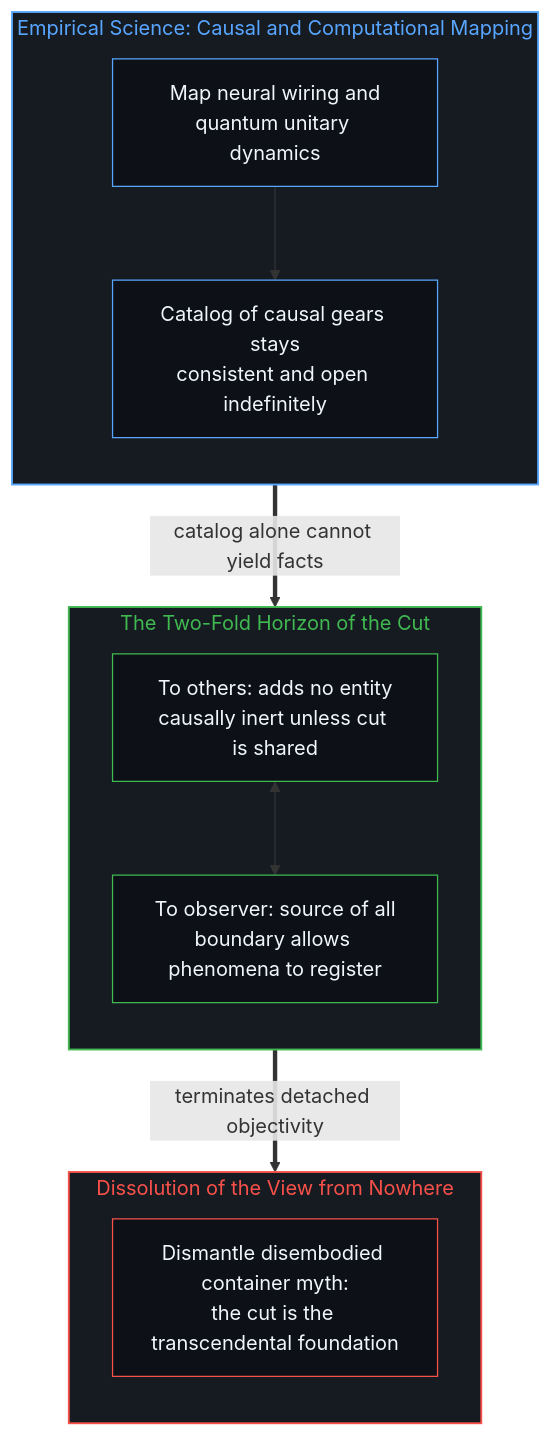
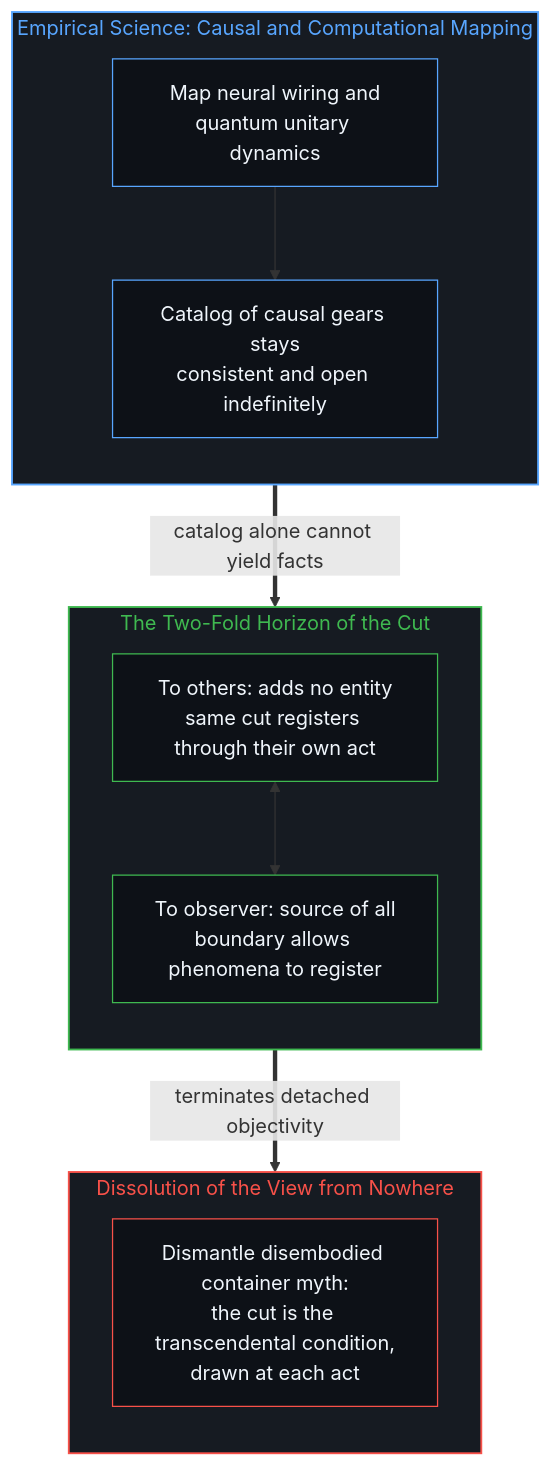
One commit to powerpig99/not-a-toe changed the eighth of 8 diagrams in content/posts/consciousness-ascription-and-the-quantum-cut.md. Above: the diagram before and after it, drawn with Mermaid. The commit also changed other lines of this file and 1 other file, not shown here.

First line of the commit message:
Wave 2 refinement: 意识归属与量子割点 / Consciousness Ascription and the Quantum Cut

````diff
--- a/content/posts/consciousness-ascription-and-the-quantum-cut.md
+++ b/content/posts/consciousness-ascription-and-the-quantum-cut.md
@@ -260,32 +260,32 @@
 ```mermaid
 flowchart TD
     subgraph S_EMPIRICAL_EN ["Empirical Science: Causal and Computational Mapping"]
         direction TB
         style S_EMPIRICAL_EN fill:#161b22,stroke:#58a6ff,stroke-width:1.5px,color:#58a6ff
         E_Map["Map neural wiring and<br/>quantum unitary dynamics"]
         E_Extend["Catalog of causal gears stays<br/>consistent and open indefinitely"]
         E_Map --> E_Extend
         style E_Map fill:#0d1117,stroke:#58a6ff,stroke-width:1px,color:#f0f6fc
         style E_Extend fill:#0d1117,stroke:#58a6ff,stroke-width:1px,color:#f0f6fc
     end
 
     subgraph S_HORIZON_EN ["The Two-Fold Horizon of the Cut"]
         direction TB
         style S_HORIZON_EN fill:#161b22,stroke:#3fb950,stroke-width:1.5px,color:#3fb950
-        N_Other["To others: adds no entity<br/>causally inert unless cut is shared"]
+        N_Other["To others: adds no entity<br/>same cut registers through their own act"]
         N_Self["To observer: source of all<br/>boundary allows phenomena to register"]
         N_Other <--> N_Self
         style N_Other fill:#0d1117,stroke:#3fb950,stroke-width:1px,color:#f0f6fc
         style N_Self fill:#0d1117,stroke:#3fb950,stroke-width:1px,color:#f0f6fc
     end
 
     subgraph S_RESOLUTION_EN ["Dissolution of the View from Nowhere"]
         direction TB
         style S_RESOLUTION_EN fill:#161b22,stroke:#f85149,stroke-width:1.5px,color:#f85149
-        R_Scaffold["Dismantle disembodied container myth:<br/>the cut is the transcendental foundation"]
+        R_Scaffold["Dismantle disembodied container myth:<br/>the cut is the transcendental condition,<br/>drawn at each act"]
         style R_Scaffold fill:#0d1117,stroke:#f85149,stroke-width:1px,color:#f0f6fc
     end
 
     E_Extend ==>|"catalog alone cannot yield facts"| S_HORIZON_EN
     S_HORIZON_EN ==>|"terminates detached objectivity"| R_Scaffold
 ```
````
